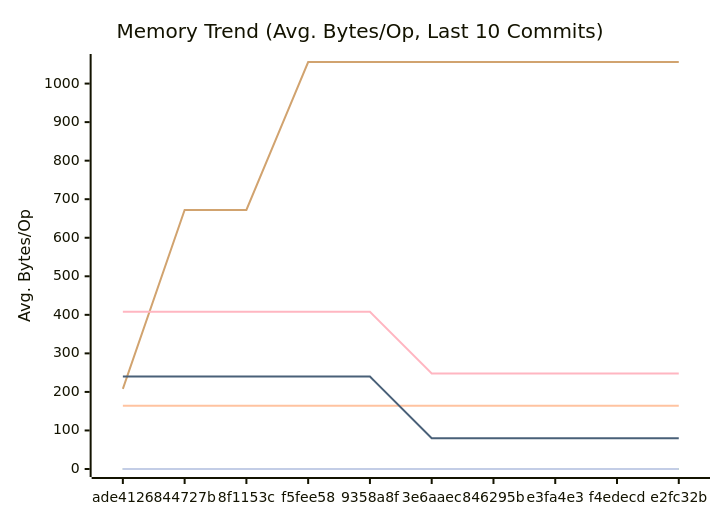
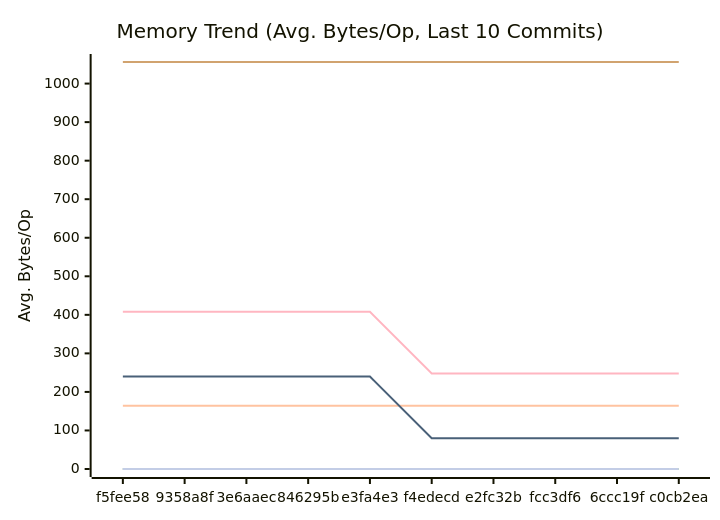
The second of 3 diagrams in docs/PERFORMANCE.md (alsotoes/momo), drawn with Mermaid before and after one commit. The commit also changed other lines of this file and 5 other files, not shown here.

````diff
--- a/docs/PERFORMANCE.md
+++ b/docs/PERFORMANCE.md
@@ -97,16 +97,16 @@
 ```mermaid
 xychart-beta
     title "Memory Trend (Avg. Bytes/Op, Last 10 Commits)"
     x-axis "Commit"
     y-axis "Avg. Bytes/Op"
-    x-axis [ade4126,844727b,8f1153c,f5fee58,9358a8f,3e6aaec,846295b,e3fa4e3,f4edecd,e2fc32b]
+    x-axis [f5fee58,9358a8f,3e6aaec,846295b,e3fa4e3,f4edecd,e2fc32b,fcc3df6,6ccc19f,c0cb2ea]
     line "CheckMetricsAndSwap" [0,0,0,0,0,0,0,0,0,0]
     line "CrushOptimized" [0,0,0,0,0,0,0,0,0,0]
     line "CrushOriginal" [164,164,164,164,164,164,164,164,164,164]
     line "IndexDirectTracking" [0,0,0,0,0,0,0,0,0,0]
     line "IndexSearch" [0,0,0,0,0,0,0,0,0,0]
-    line "LoadGlobalConfig" [208,672,672,1056,1056,1056,1056,1056,1056,1056]
+    line "LoadGlobalConfig" [1056,1056,1056,1056,1056,1056,1056,1056,1056,1056]
     line "PadString" [0,0,0,0,0,0,0,0,0,0]
     line "ParseReplicationOrder_NoPrealloc" [408,408,408,408,408,248,248,248,248,248]
     line "ParseReplicationOrder_Prealloc" [240,240,240,240,240,80,80,80,80,80]
 ```
````
